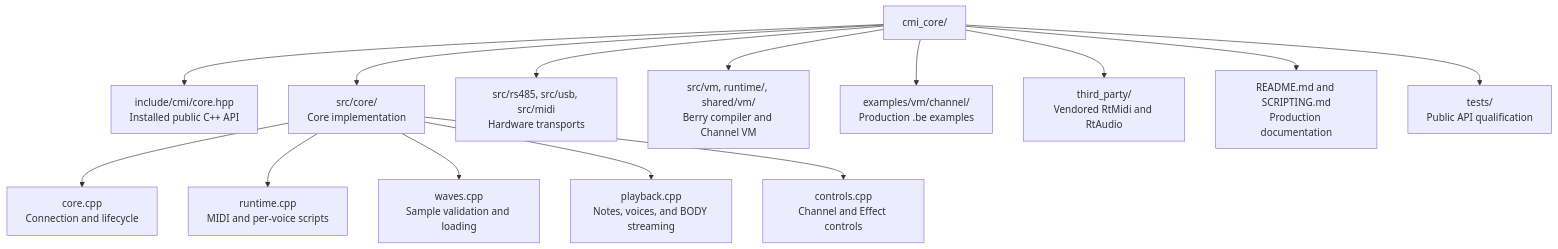
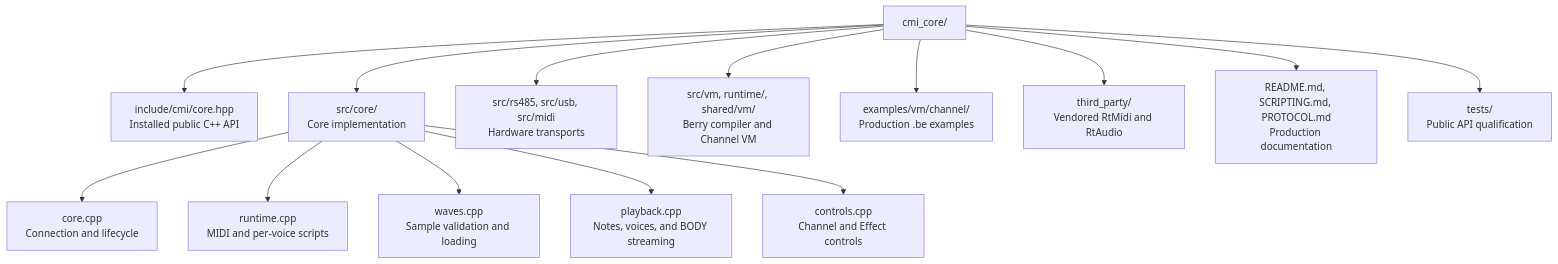
The first of 2 diagrams in cmi_core/README.md (narendrabhatt-freshwater/firmware), drawn with Mermaid before and after one commit. The commit also changed other lines of this file and 64 other files, not shown here.

````diff
--- a/cmi_core/README.md
+++ b/cmi_core/README.md
@@ -10,31 +18,31 @@
 ```mermaid
 flowchart TD
     root["cmi_core/"]
     public["include/cmi/core.hpp<br/>Installed public C++ API"]
     core["src/core/<br/>Core implementation"]
     lifecycle["core.cpp<br/>Connection and lifecycle"]
     runtime["runtime.cpp<br/>MIDI and per-voice scripts"]
     samples["waves.cpp<br/>Sample validation and loading"]
     playback["playback.cpp<br/>Notes, voices, and BODY streaming"]
     controls["controls.cpp<br/>Channel and Effect controls"]
     transport["src/rs485, src/usb, src/midi<br/>Hardware transports"]
     vm["src/vm, runtime/, shared/vm/<br/>Berry compiler and Channel VM"]
     examples["examples/vm/channel/<br/>Production .be examples"]
     thirdparty["third_party/<br/>Vendored RtMidi and RtAudio"]
-    docs["README.md and SCRIPTING.md<br/>Production documentation"]
+    docs["README.md, SCRIPTING.md, PROTOCOL.md<br/>Production documentation"]
     tests["tests/<br/>Public API qualification"]
 
     root --> public
     root --> core
     core --> lifecycle
     core --> runtime
     core --> samples
     core --> playback
     core --> controls
     root --> transport
     root --> vm
     root --> examples
     root --> thirdparty
     root --> docs
     root --> tests
 ```
````
